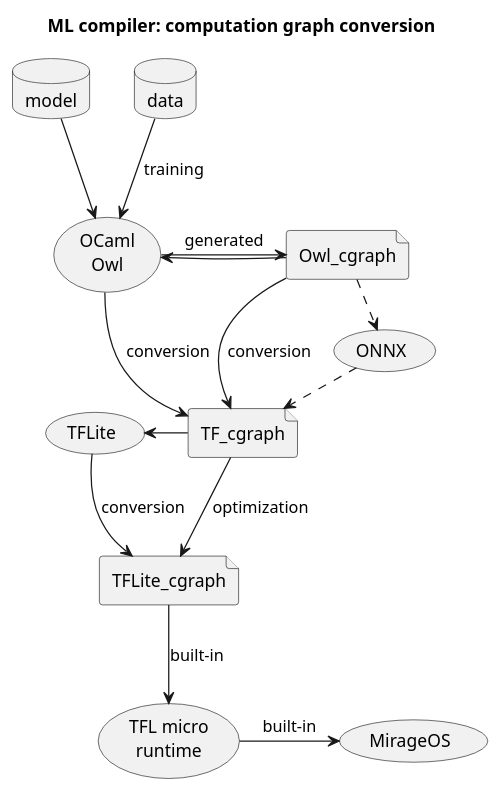
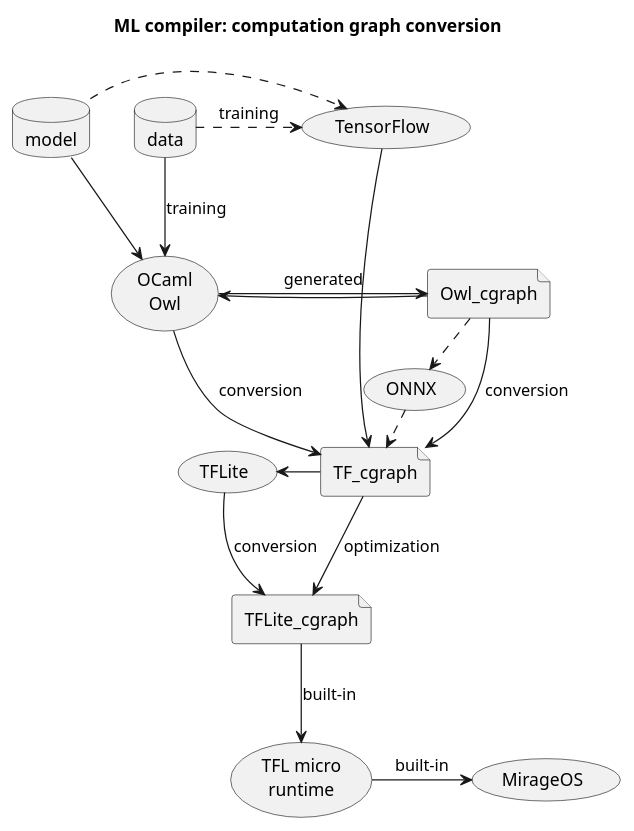
Before and after one commit to doyu/elc2019: the diagram in convert-uc.puml, drawn with PlantUML.

Commit message:
add TF framework in conversion

```diff
--- a/convert-uc.puml
+++ b/convert-uc.puml
@@ -1,25 +1,28 @@
 @startuml
 title ML compiler: computation graph conversion
 
 database model
 database data
 file Owl_cgraph
 file TF_cgraph
 file TFLite_cgraph
 
 Owl_cgraph -down-> TF_cgraph : conversion
 Owl_cgraph .> (ONNX)
 (ONNX) .> TF_cgraph
+model .> (TensorFlow)
+data .> (TensorFlow) : training
+(TensorFlow) -> TF_cgraph
 TF_cgraph -down-> TFLite_cgraph : optimization
 TFLite_cgraph -down-> (TFL micro\nruntime) : built-in
 (TFL micro\nruntime) -right-> (MirageOS) : built-in
 
 model -down-> (OCaml\nOwl)
 data -down-> (OCaml\nOwl) : training
 (OCaml\nOwl) -> Owl_cgraph : generated
 (OCaml\nOwl) <- Owl_cgraph
 (OCaml\nOwl) -> TF_cgraph : conversion
 (TFLite) <- TF_cgraph
 (TFLite) -> TFLite_cgraph : conversion
 
 @enduml
```
